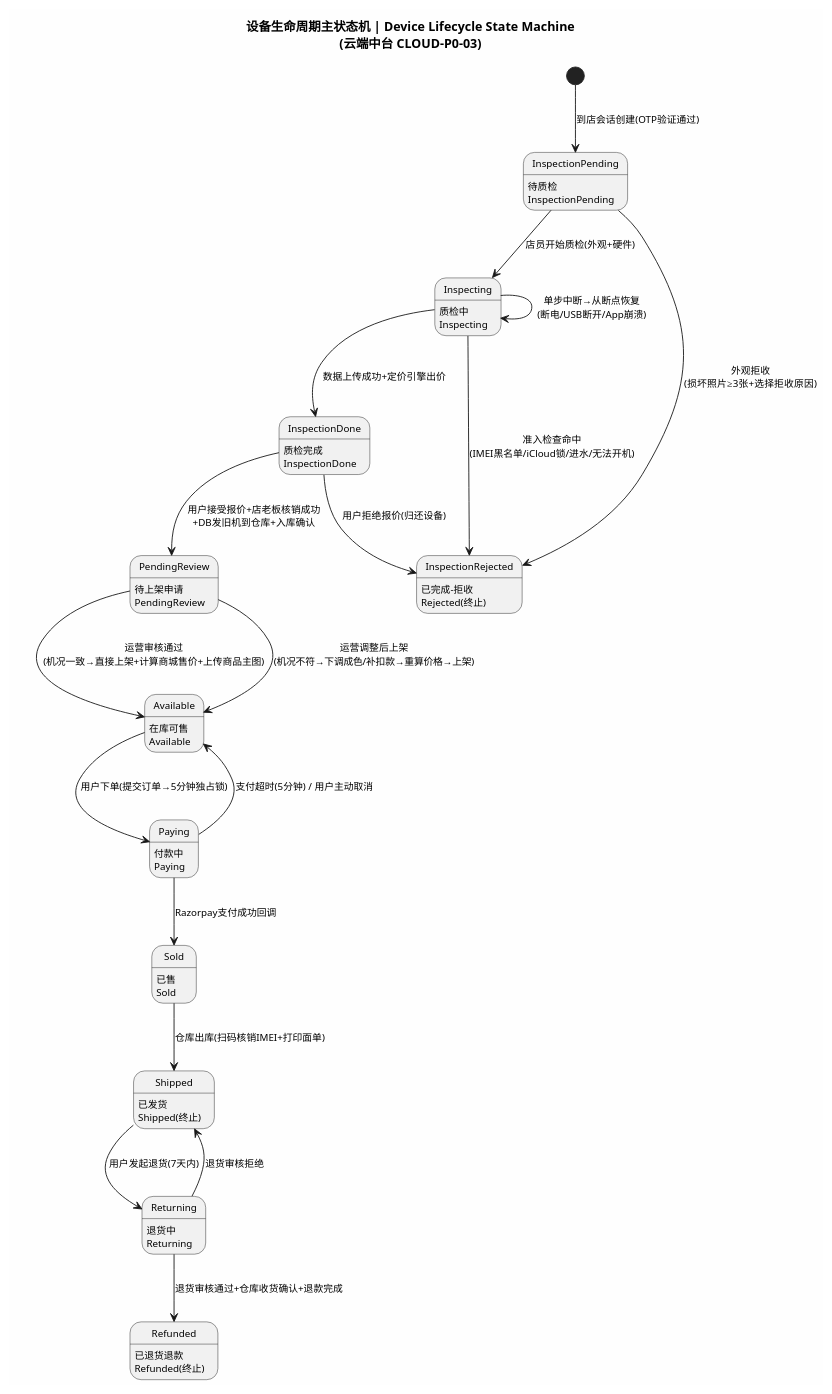
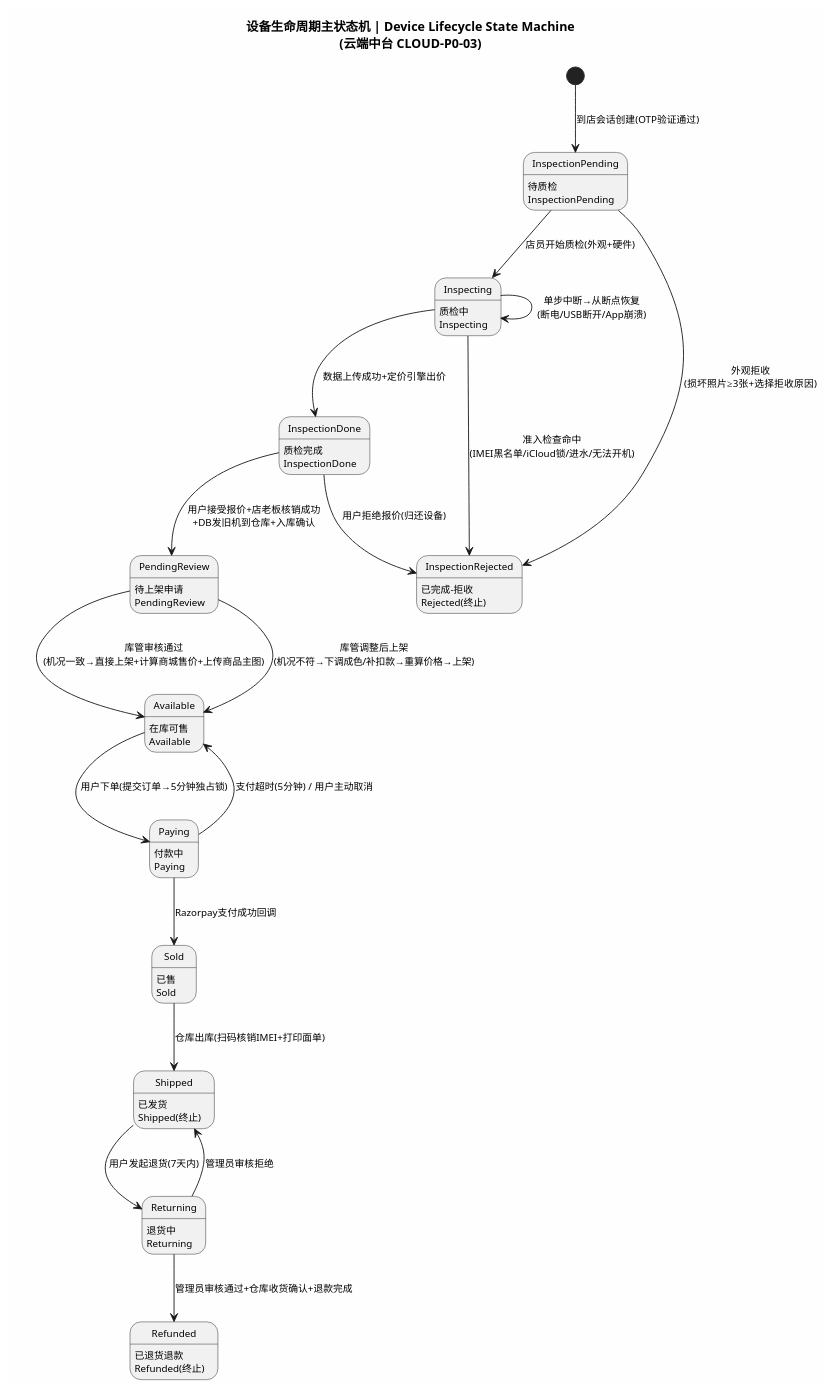
Before and after one commit to zihaoRed/Dobara: the first of 9 diagrams in UML/state_machine_all.puml, drawn with PlantUML. The commit also changed other lines of this file and 24 other files, not shown here.

```diff
--- a/UML/state_machine_all.puml
+++ b/UML/state_machine_all.puml
@@ -1,46 +1,46 @@
 @startuml 设备生命周期主状态机
 skinparam backgroundColor #FEFEFE
 skinparam defaultFontSize 11
 
 title 设备生命周期主状态机 | Device Lifecycle State Machine\n(云端中台 CLOUD-P0-03)
 
 [*] --> InspectionPending : 到店会话创建(OTP验证通过)
 
 state InspectionPending : 待质检\nInspectionPending
 state Inspecting : 质检中\nInspecting
 state InspectionRejected : 已完成-拒收\nRejected(终止)
 state InspectionDone : 质检完成\nInspectionDone
 state PendingReview : 待上架申请\nPendingReview
 state Available : 在库可售\nAvailable
 state Paying : 付款中\nPaying
 state Sold : 已售\nSold
 state Shipped : 已发货\nShipped(终止)
 state Returning : 退货中\nReturning
 state Refunded : 已退货退款\nRefunded(终止)
 
 InspectionPending --> Inspecting : 店员开始质检(外观+硬件)
 InspectionPending --> InspectionRejected : 外观拒收\n(损坏照片≥3张+选择拒收原因)
 
 Inspecting --> InspectionDone : 数据上传成功+定价引擎出价
 Inspecting --> Inspecting : 单步中断→从断点恢复\n(断电/USB断开/App崩溃)
 Inspecting --> InspectionRejected : 准入检查命中\n(IMEI黑名单/iCloud锁/进水/无法开机)
 
 InspectionDone --> PendingReview : 用户接受报价+店老板核销成功\n+DB发旧机到仓库+入库确认
 InspectionDone --> InspectionRejected : 用户拒绝报价(归还设备)
 
-PendingReview --> Available : 运营审核通过\n(机况一致→直接上架+计算商城售价+上传商品主图)
-PendingReview --> Available : 运营调整后上架\n(机况不符→下调成色/补扣款→重算价格→上架)
+PendingReview --> Available : 库管审核通过\n(机况一致→直接上架+计算商城售价+上传商品主图)
+PendingReview --> Available : 库管调整后上架\n(机况不符→下调成色/补扣款→重算价格→上架)
 
 Available --> Paying : 用户下单(提交订单→5分钟独占锁)
 
 Paying --> Sold : Razorpay支付成功回调
 Paying --> Available : 支付超时(5分钟) / 用户主动取消
 
 Sold --> Shipped : 仓库出库(扫码核销IMEI+打印面单)
 
 Shipped --> Returning : 用户发起退货(7天内)
 
-Returning --> Refunded : 退货审核通过+仓库收货确认+退款完成
-Returning --> Shipped : 退货审核拒绝
+Returning --> Refunded : 管理员审核通过+仓库收货确认+退款完成
+Returning --> Shipped : 管理员审核拒绝
 
 @enduml
```
